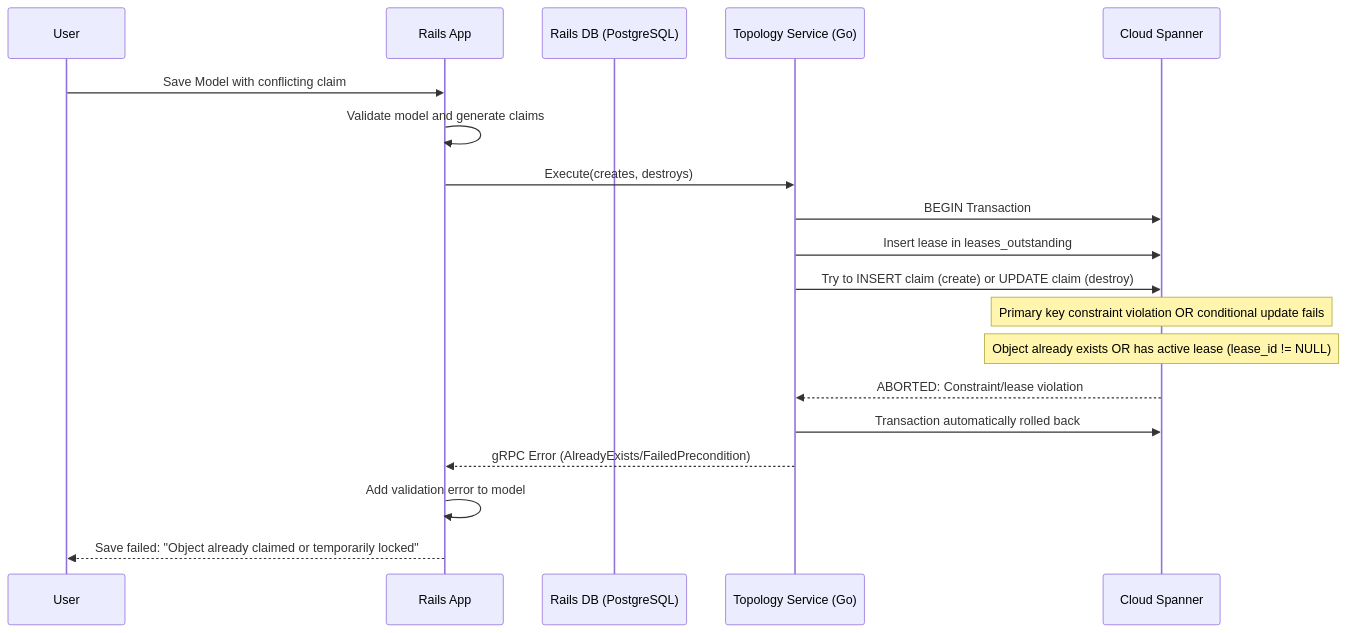
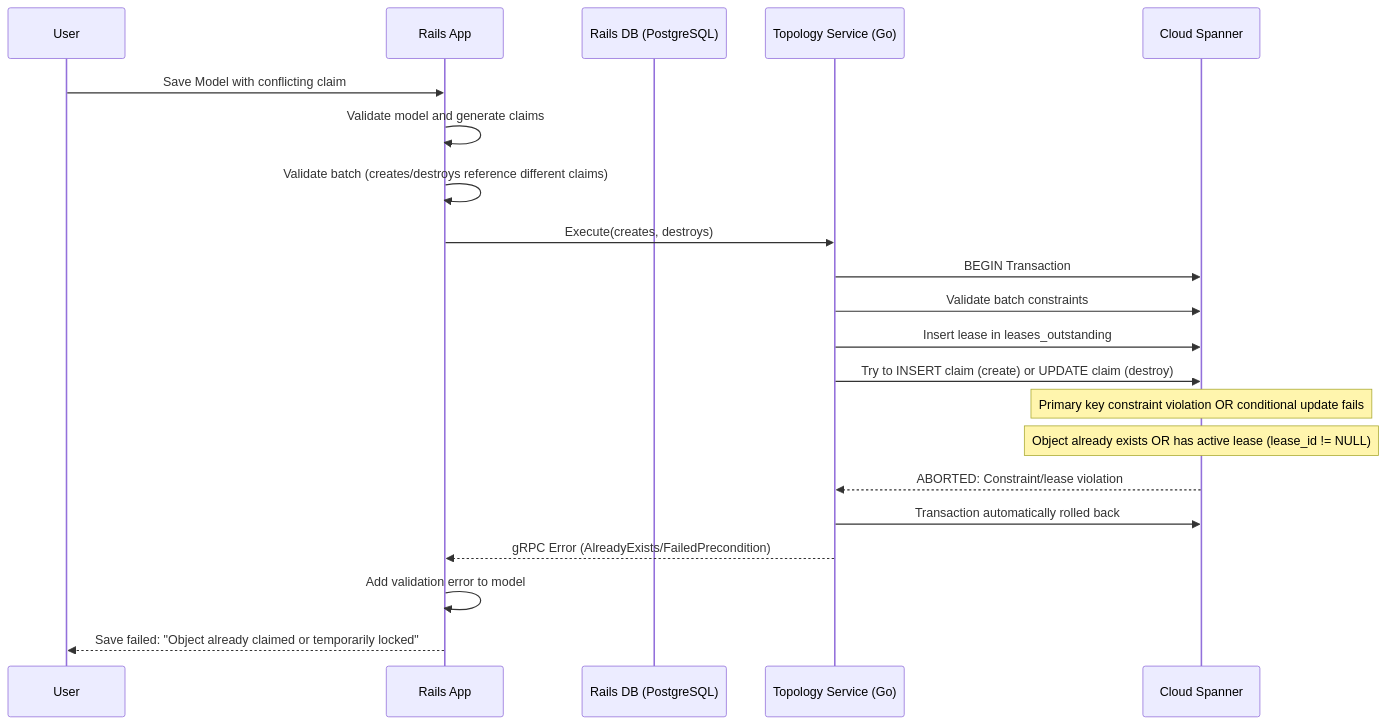
The third of 9 diagrams in content/handbook/engineering/architecture/design-documents/cells/topology_service_transactional_behavior.md (zalyoung/gitlab-handbook), drawn with Mermaid before and after one commit. The commit also changed other lines of this file, not shown here.

````diff
--- a/content/handbook/engineering/architecture/design-documents/cells/topology_service_transactional_behavior.md
+++ b/content/handbook/engineering/architecture/design-documents/cells/topology_service_transactional_behavior.md
@@ -536,24 +545,26 @@
 ```mermaid
 sequenceDiagram
     participant User
     participant Rails as Rails App
     participant RailsDB as Rails DB (PostgreSQL)
     participant TopologyService as Topology Service (Go)
     participant CloudSpanner as Cloud Spanner
 
     User->>Rails: Save Model with conflicting claim
     Rails->>Rails: Validate model and generate claims
+    Rails->>Rails: Validate batch (creates/destroys reference different claims)
     Rails->>TopologyService: Execute(creates, destroys)
     
     TopologyService->>CloudSpanner: BEGIN Transaction
+    TopologyService->>CloudSpanner: Validate batch constraints
     TopologyService->>CloudSpanner: Insert lease in leases_outstanding
     TopologyService->>CloudSpanner: Try to INSERT claim (create) or UPDATE claim (destroy)
     Note over CloudSpanner: Primary key constraint violation OR conditional update fails
     Note over CloudSpanner: Object already exists OR has active lease (lease_id != NULL)
     CloudSpanner-->>TopologyService: ABORTED: Constraint/lease violation
     TopologyService->>CloudSpanner: Transaction automatically rolled back
     
     TopologyService-->>Rails: gRPC Error (AlreadyExists/FailedPrecondition)
     Rails->>Rails: Add validation error to model
     Rails-->>User: Save failed: "Object already claimed or temporarily locked"
 ```
````
